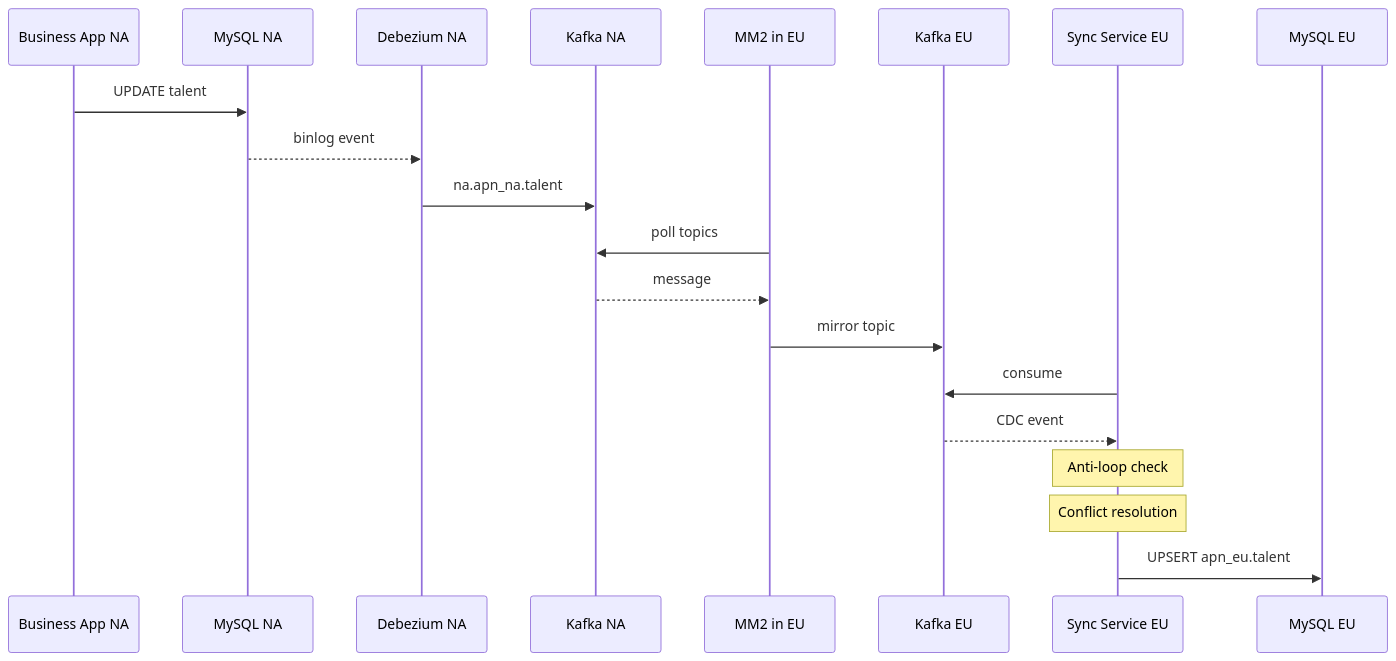
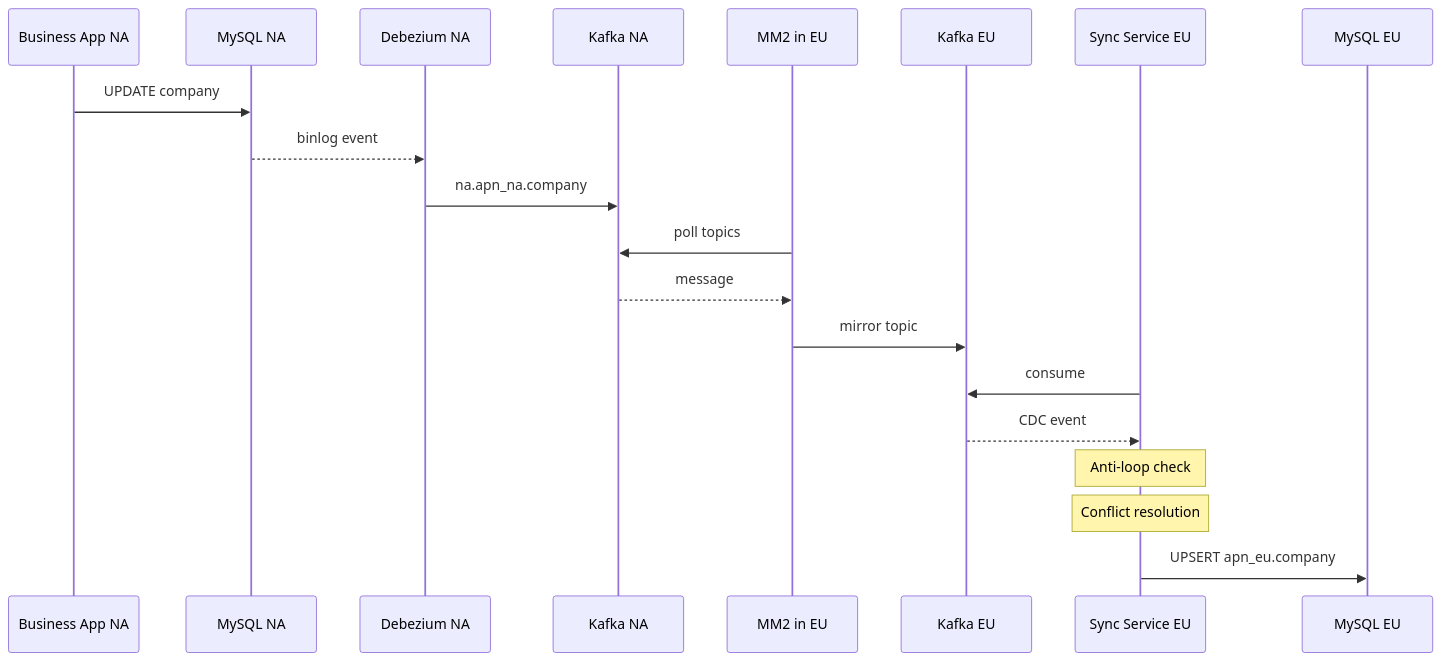
One commit to echoecheng/region-sync-service changed the fourth of 6 diagrams in docs/design.md. Above: the diagram before and after it, drawn with Mermaid. The commit also changed other lines of this file and 3 other files, not shown here.

````diff
--- a/docs/design.md
+++ b/docs/design.md
@@ -108,23 +105,23 @@
 ```mermaid
 sequenceDiagram
     participant App as Business App NA
     participant DB_NA as MySQL NA
     participant Deb as Debezium NA
     participant K_NA as Kafka NA
     participant MM2 as MM2 in EU
     participant K_EU as Kafka EU
     participant Sync as Sync Service EU
     participant DB_EU as MySQL EU
 
-    App ->> DB_NA: UPDATE talent
+    App ->> DB_NA: UPDATE company
     DB_NA -->> Deb: binlog event
-    Deb ->> K_NA: na.apn_na.talent
+    Deb ->> K_NA: na.apn_na.company
     MM2 ->> K_NA: poll topics
     K_NA -->> MM2: message
     MM2 ->> K_EU: mirror topic
     Sync ->> K_EU: consume
     K_EU -->> Sync: CDC event
     Note over Sync: Anti-loop check
     Note over Sync: Conflict resolution
-    Sync ->> DB_EU: UPSERT apn_eu.talent
+    Sync ->> DB_EU: UPSERT apn_eu.company
 ```
````
